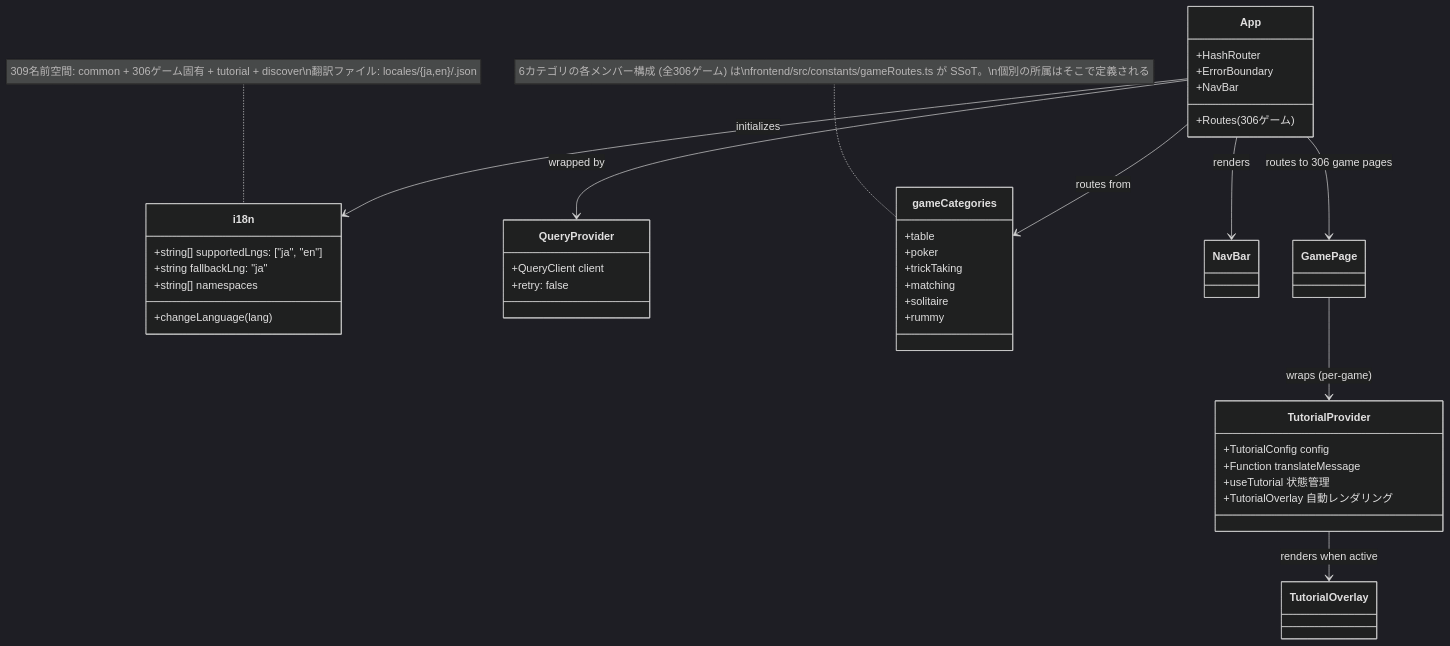
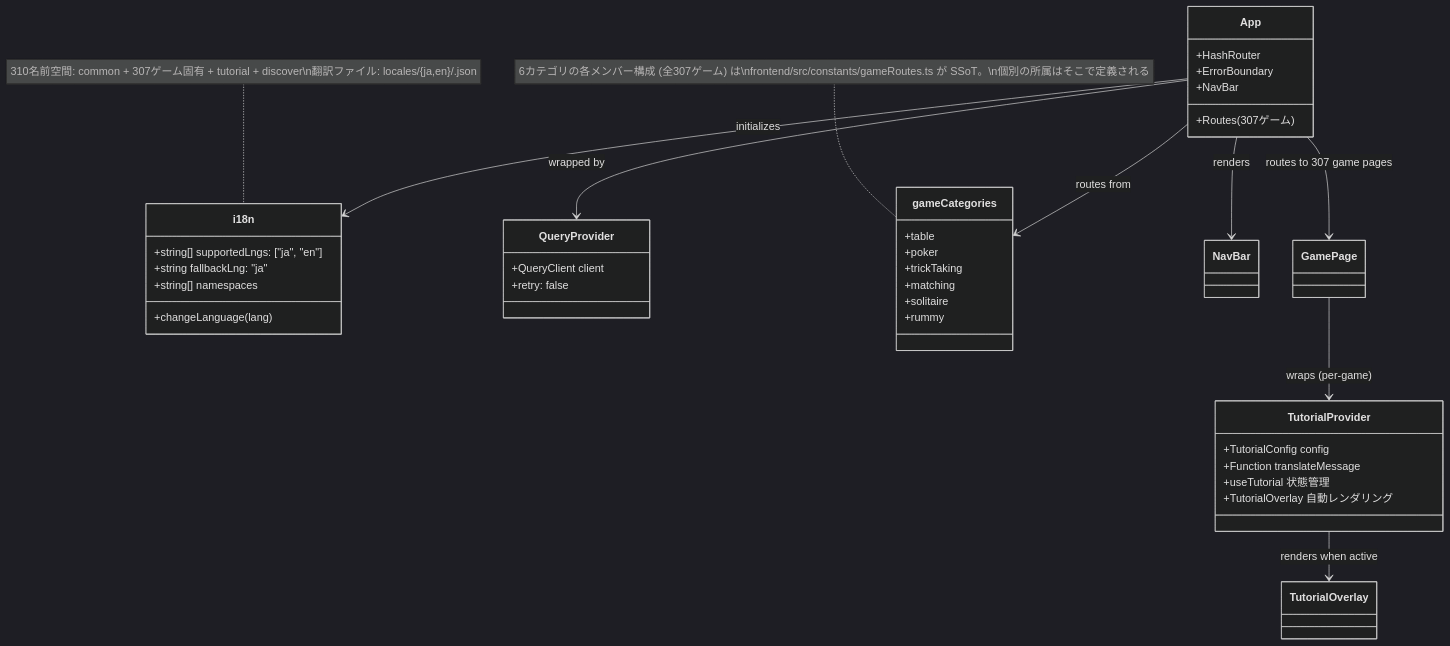
One commit to yuta-yoshinaga/go_trumpcards changed the ninth of 49 diagrams in docs/design/frontend.md. Above: the diagram before and after it, drawn with Mermaid (dark theme). The commit also changed other lines of this file and 61 other files, not shown here.

````diff
--- a/docs/design/frontend.md
+++ b/docs/design/frontend.md
@@ -1869,48 +1869,48 @@
 ```mermaid
 classDiagram
     class i18n {
         +string[] supportedLngs: ["ja", "en"]
         +string fallbackLng: "ja"
         +string[] namespaces
         +changeLanguage(lang)
     }
 
     class QueryProvider {
         +QueryClient client
         +retry: false
     }
 
     class App {
         +HashRouter
         +ErrorBoundary
         +NavBar
-        +Routes (306ゲーム)
+        +Routes (307ゲーム)
     }
 
     class gameCategories {
         +table
         +poker
         +trickTaking
         +matching
         +solitaire
         +rummy
     }
-    note for gameCategories "6カテゴリの各メンバー構成 (全306ゲーム) は\nfrontend/src/constants/gameRoutes.ts が SSoT。\n個別の所属はそこで定義される"
+    note for gameCategories "6カテゴリの各メンバー構成 (全307ゲーム) は\nfrontend/src/constants/gameRoutes.ts が SSoT。\n個別の所属はそこで定義される"
 
     class TutorialProvider {
         +TutorialConfig config
         +Function translateMessage
         +useTutorial 状態管理
         +TutorialOverlay 自動レンダリング
     }
 
     App --> QueryProvider : wrapped by
     App --> i18n : initializes
     App --> gameCategories : routes from
     App --> NavBar : renders
-    App --> GamePage : routes to 306 game pages
+    App --> GamePage : routes to 307 game pages
     GamePage --> TutorialProvider : wraps (per-game)
     TutorialProvider --> TutorialOverlay : renders when active
 
-    note for i18n "309名前空間: common + 306ゲーム固有 + tutorial + discover\n翻訳ファイル: locales/{ja,en}/<game>.json"
+    note for i18n "310名前空間: common + 307ゲーム固有 + tutorial + discover\n翻訳ファイル: locales/{ja,en}/<game>.json"
 ```
````
